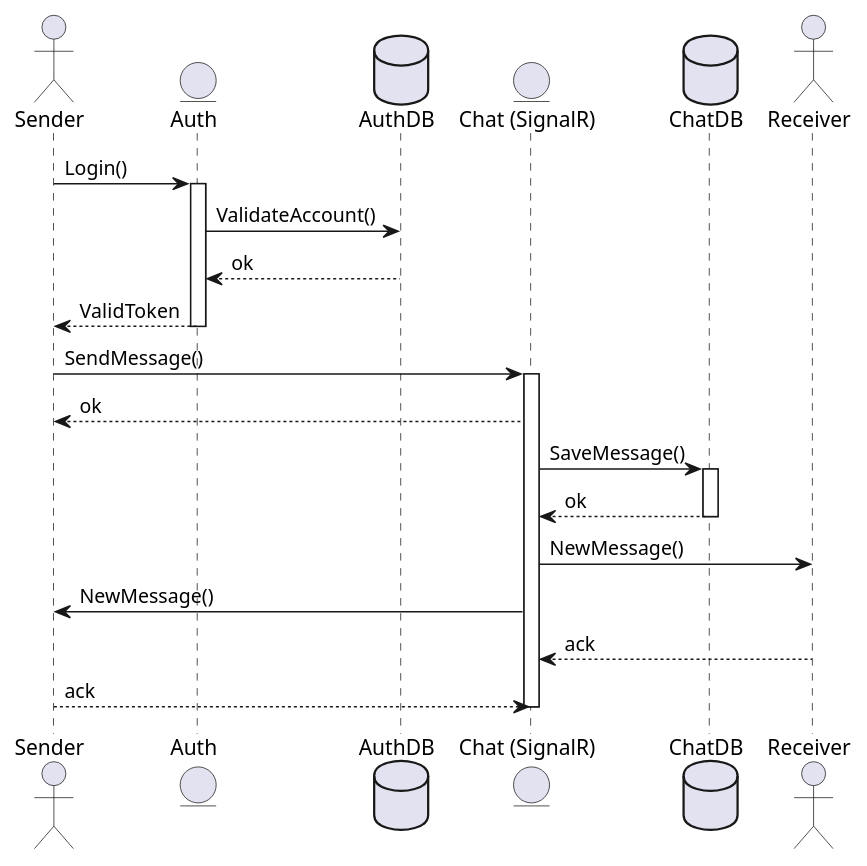
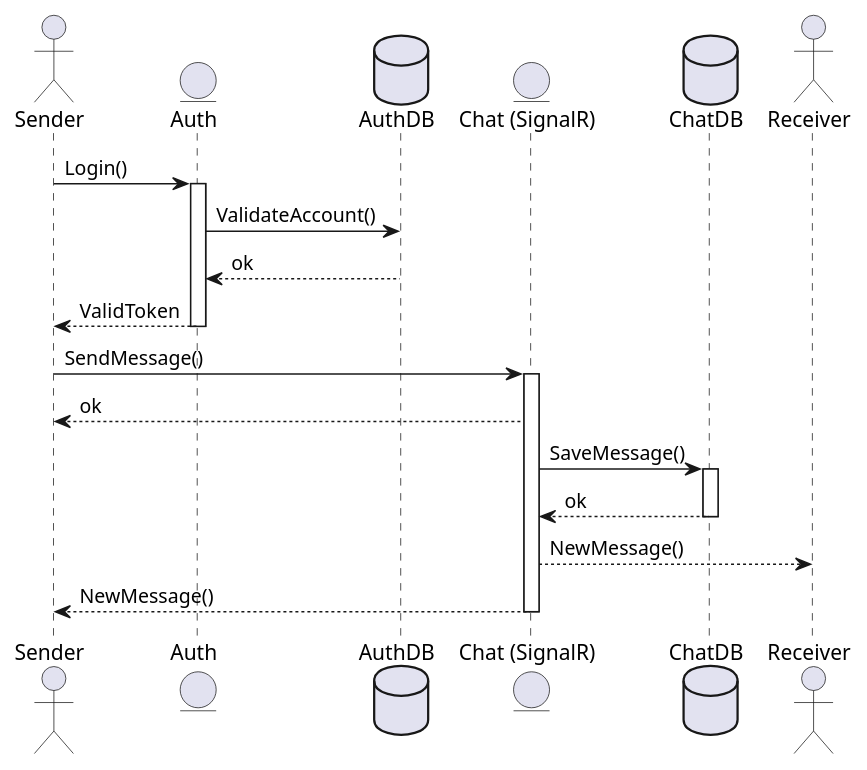
Before and after one commit to ldeluigi/microchat: the second of 4 diagrams in docs/architecture/sequence-diagram.md, drawn with PlantUML. The commit also changed other lines of this file, not shown here.

Commit message:
Update to signalR fire and forget

````diff
--- a/docs/architecture/sequence-diagram.md
+++ b/docs/architecture/sequence-diagram.md
@@ -51,28 +51,26 @@
 ```plantuml
 @startuml SendMessage
 actor Sender
 entity Auth
 database AuthDB
 entity "Chat (SignalR)" as Chat
 database ChatDB
 actor Receiver
 Sender -> Auth : Login()
 activate Auth
 Auth -> AuthDB : ValidateAccount()
 AuthDB --> Auth : ok
 Auth -->  Sender : ValidToken
 deactivate Auth
 Sender ->  Chat : SendMessage()
 activate Chat
 Chat -->  Sender : ok
 Chat -> ChatDB : SaveMessage()
 activate ChatDB
 ChatDB --> Chat : ok
 deactivate ChatDB
-Chat -> Receiver : NewMessage()
-Chat -> Sender : NewMessage()
-Receiver --> Chat : ack
-Sender --> Chat : ack
+Chat --> Receiver : NewMessage()
+Chat --> Sender : NewMessage()
 deactivate Chat
 @enduml
 ```
````
